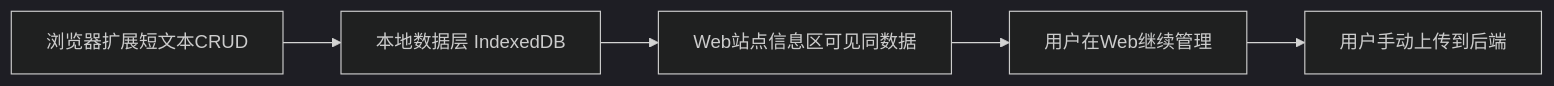
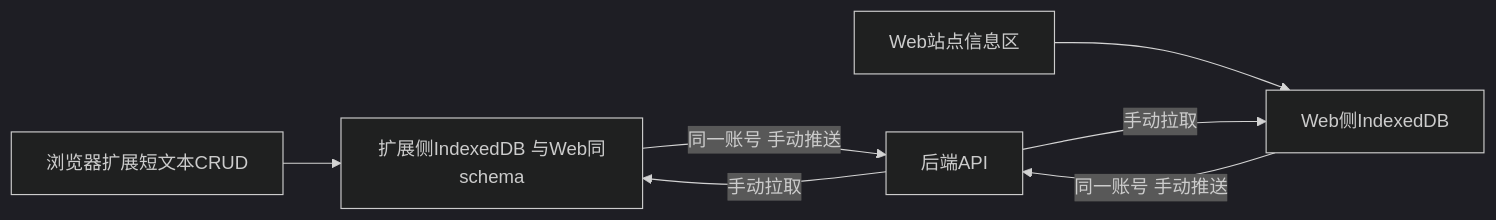
One commit to a327921510/my-notes changed the fifth of 5 diagrams in docs/用户流程图.md. Above: the diagram before and after it, drawn with Mermaid (dark theme). The commit also changed other lines of this file and 54 other files, not shown here.

````diff
--- a/docs/用户流程图.md
+++ b/docs/用户流程图.md
@@ -104,7 +115,9 @@
 ```mermaid
 flowchart LR
-  A[浏览器扩展短文本CRUD] --> B[本地数据层 IndexedDB]
-  B --> C[Web站点信息区可见同数据]
-  C --> D[用户在Web继续管理]
-  D --> E[用户手动上传到后端]
+  A[浏览器扩展短文本CRUD] --> B[扩展侧IndexedDB 与Web同schema]
+  W[Web站点信息区] --> X[Web侧IndexedDB]
+  B -->|同一账号 手动推送| C[后端API]
+  X -->|同一账号 手动推送| C
+  C -->|手动拉取| B
+  C -->|手动拉取| X
 ```
````
